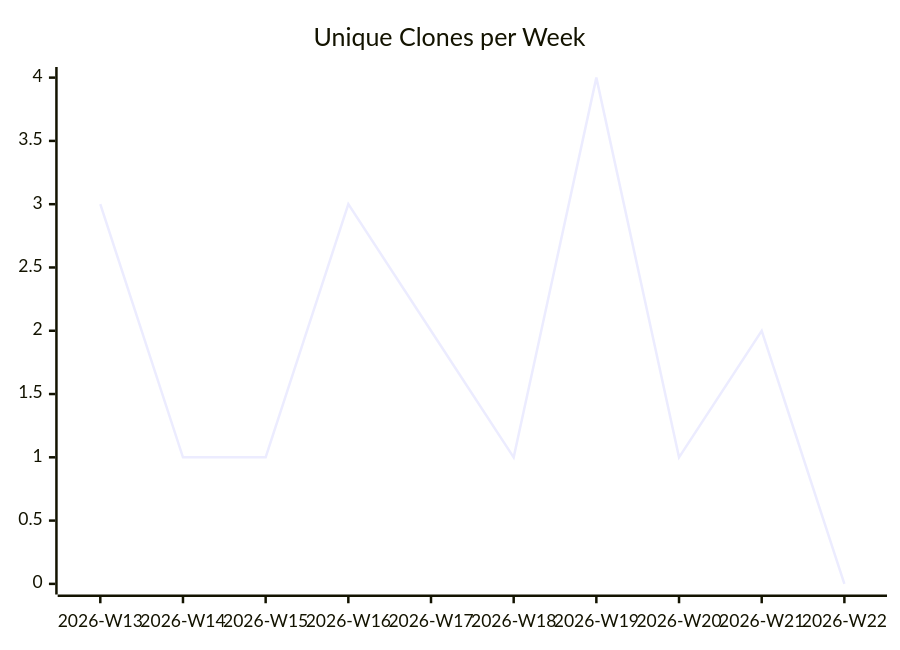
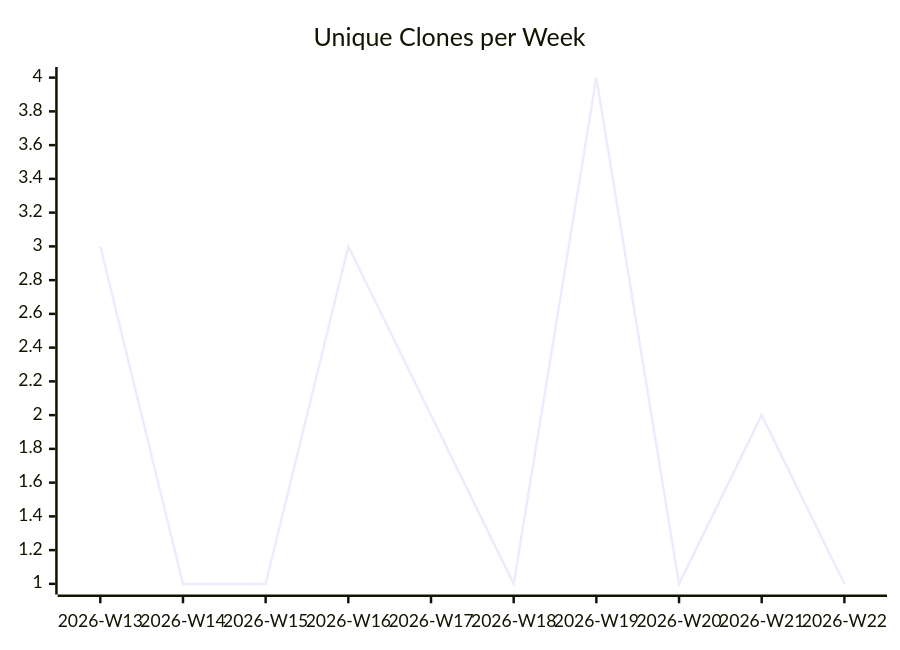
Before and after one commit to justdavis-family/github-analytics-data: the third of 3 diagrams in karlmdavis/test-repo-for-move/README.md, drawn with Mermaid. The commit also changed other lines of this file and 189 other files, not shown here.

````diff
--- a/karlmdavis/test-repo-for-move/README.md
+++ b/karlmdavis/test-repo-for-move/README.md
@@ -19,6 +19,6 @@
 ```mermaid
 xychart-beta
   title "Unique Clones per Week"
   x-axis ["2026-W13", "2026-W14", "2026-W15", "2026-W16", "2026-W17", "2026-W18", "2026-W19", "2026-W20", "2026-W21", "2026-W22"]
-  line [3, 1, 1, 3, 2, 1, 4, 1, 2, 0]
+  line [3, 1, 1, 3, 2, 1, 4, 1, 2, 1]
 ```
````
